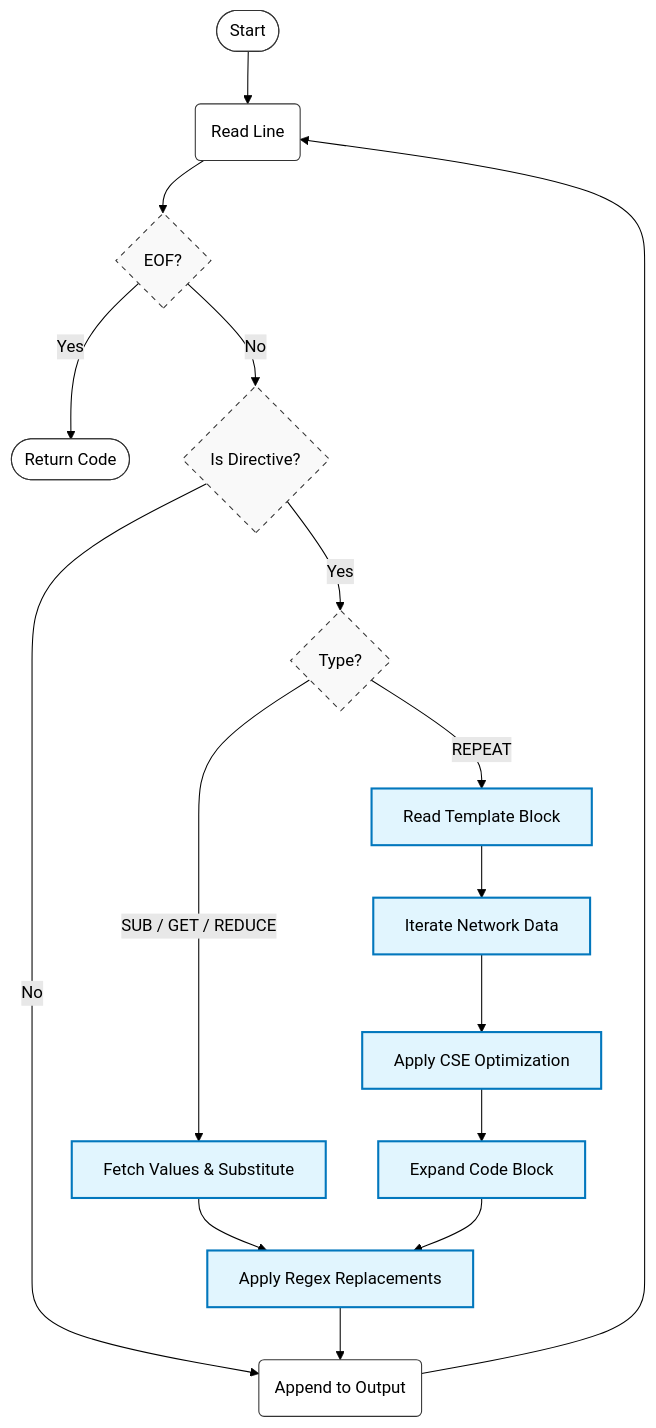
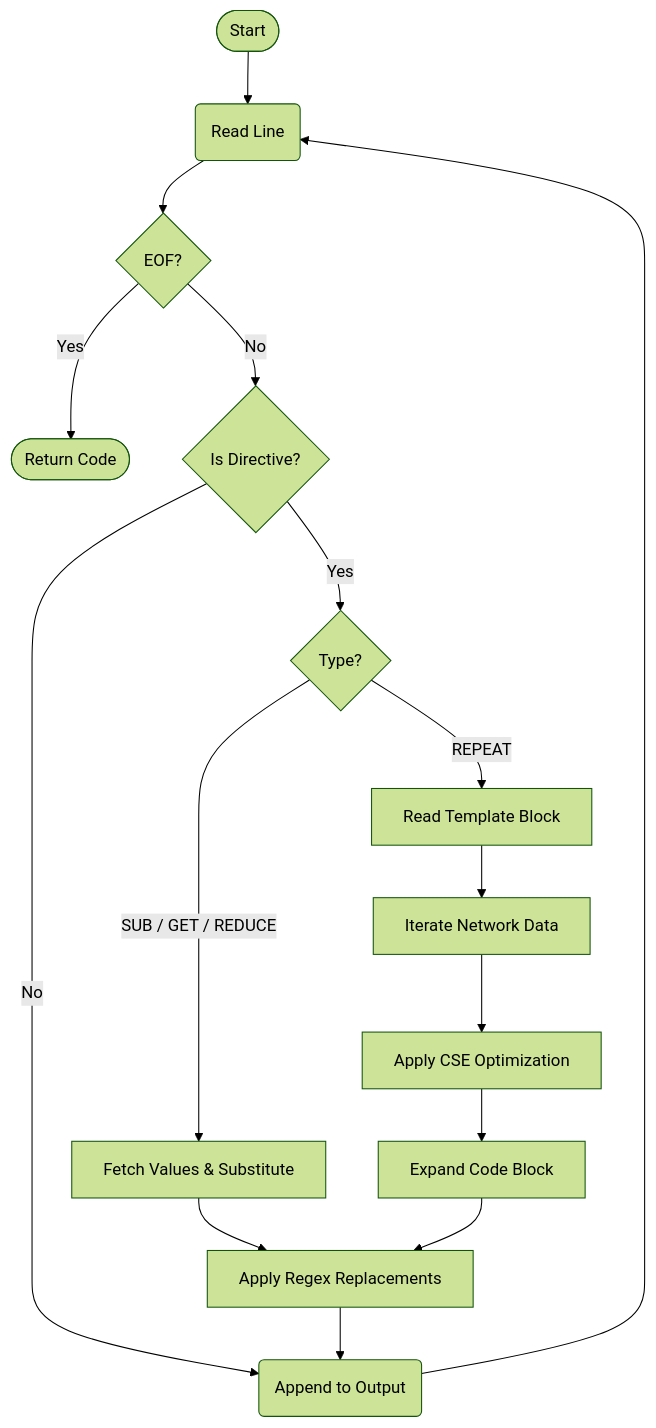
The diagram in docs/api/file-parser.md (BenWibking/jaff), drawn with Mermaid (forest theme) before and after one commit. The commit also changed 5 other files, not shown here.

Commit message:
Commit fixed mermaid diagram colors in dark mode

````diff
--- a/docs/api/file-parser.md
+++ b/docs/api/file-parser.md
@@ -38,38 +38,29 @@
 ```mermaid
 flowchart TD
     %% Main Flow
     Start([Start]) --> ReadLine(Read Line)
     ReadLine --> IsEOF{EOF?}
     IsEOF -- Yes --> Done([Return Code])
     IsEOF -- No --> IsJaff{Is Directive?}
 
     %% Path 1: Raw Text
     IsJaff -- No --> Append(Append to Output)
     Append --> ReadLine
 
     %% Path 2: JAFF Directive
     IsJaff -- Yes --> CmdType{Type?}
 
     %% Path 2a: Scalar Commands
     CmdType -- "SUB / GET / REDUCE" --> CalcVal[Fetch Values & Substitute]
 
     %% Path 2b: Block Commands
     CmdType -- "REPEAT" --> ReadBlock[Read Template Block]
     ReadBlock --> LoopNet[Iterate Network Data]
     LoopNet --> CSE[Apply CSE Optimization]
     CSE --> GenBlock[Expand Code Block]
 
     %% Merging
     CalcVal --> Regex[Apply Regex Replacements]
     GenBlock --> Regex
     Regex --> Append
-
-    %% Styling
-    classDef plain fill:#fff,stroke:#333,stroke-width:1px;
-    classDef decision fill:#f9f9f9,stroke:#333,stroke-width:1px,stroke-dasharray: 5 5;
-    classDef process fill:#e1f5fe,stroke:#0277bd,stroke-width:2px;
-
-    class Start,Done,ReadLine,Append plain;
-    class IsEOF,IsJaff,CmdType decision;
-    class CalcVal,ReadBlock,LoopNet,CSE,GenBlock,Regex process;
 ```
````
